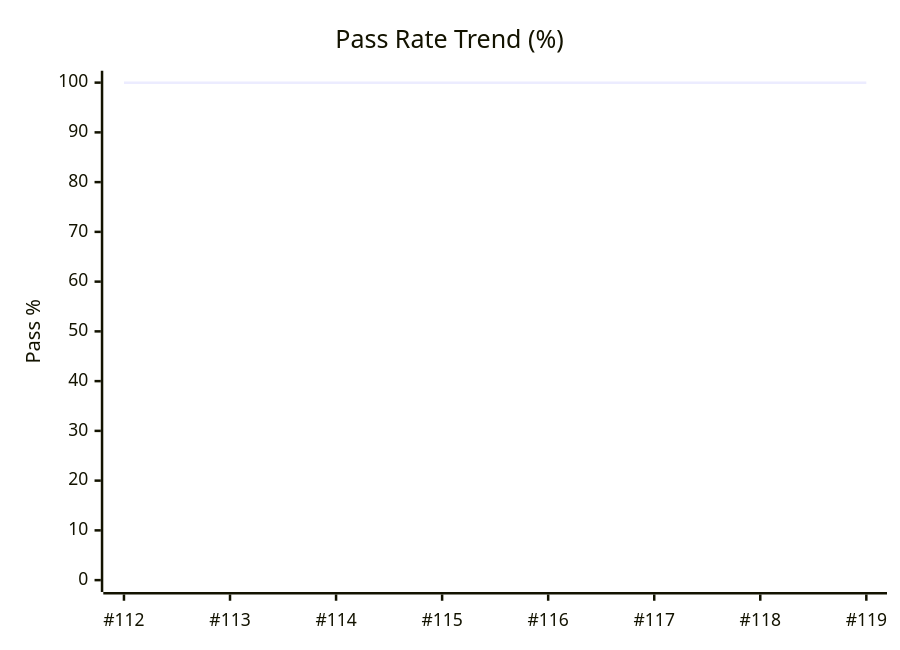
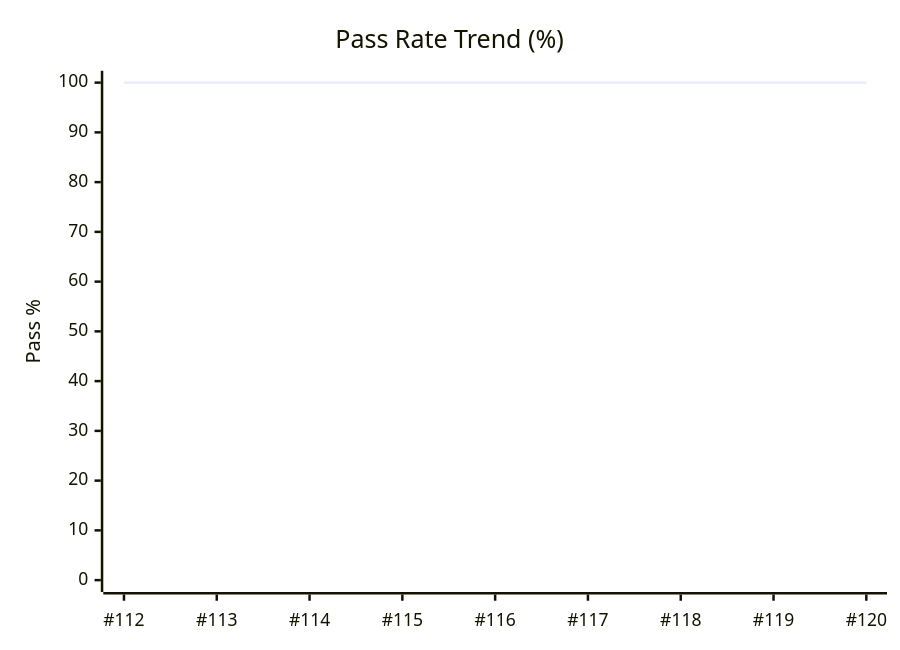
Before and after one commit to karimarie67/QA-boost: the diagram in dashboards/qa-metrics.md, drawn with Mermaid. The commit also changed other lines of this file and 2 other files, not shown here.

````diff
--- a/dashboards/qa-metrics.md
+++ b/dashboards/qa-metrics.md
@@ -37,7 +37,7 @@
 ```mermaid
 xychart-beta
     title "Pass Rate Trend (%)"
-    x-axis [#112, #113, #114, #115, #116, #117, #118, #119]
+    x-axis [#112, #113, #114, #115, #116, #117, #118, #119, #120]
     y-axis "Pass %" 0 --> 100
-    line [100.0, 100.0, 100.0, 100.0, 100.0, 100.0, 100.0, 100.0]
+    line [100.0, 100.0, 100.0, 100.0, 100.0, 100.0, 100.0, 100.0, 100.0]
 ```
````
